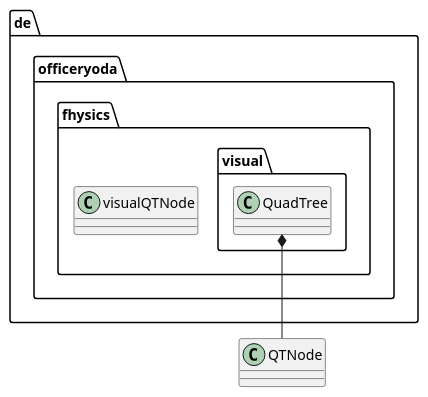
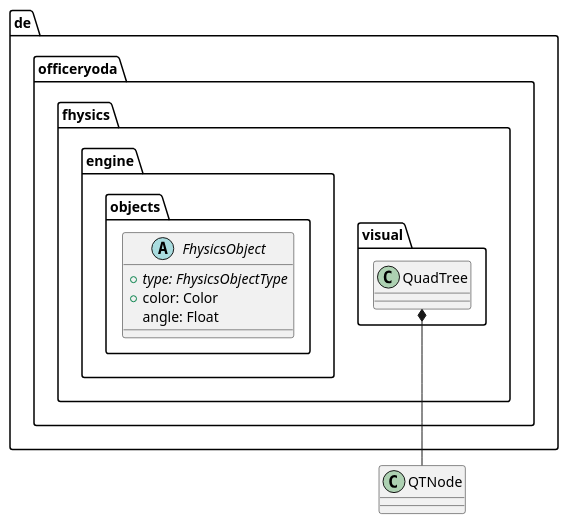
One commit to OfficerYoda/Fhysics changed the diagram in diagrams/short.puml. Above: the diagram before and after it, drawn with PlantUML. The commit also changed 8 other files, not shown here.

Commit message:
Completed complete uml diagram It's not 100% complete. some fields/methods are missing. But the only reason for this diagram is to show the scale of this project

```diff
--- a/diagrams/short.puml
+++ b/diagrams/short.puml
@@ -1,13 +1,17 @@
 @startuml
 
 class de.officeryoda.fhysics.visual.QuadTree {
 
 }
 
-class de.officeryoda.fhysics.visualQTNode {
+
+abstract class de.officeryoda.fhysics.engine.objects.FhysicsObject {
+    {abstract} + type: FhysicsObjectType
+    + color: Color
+    angle: Float
 }
 
 ' QTNode is a inner class of QuadTree
 QuadTree *--  QTNode
 
 @enduml
```
